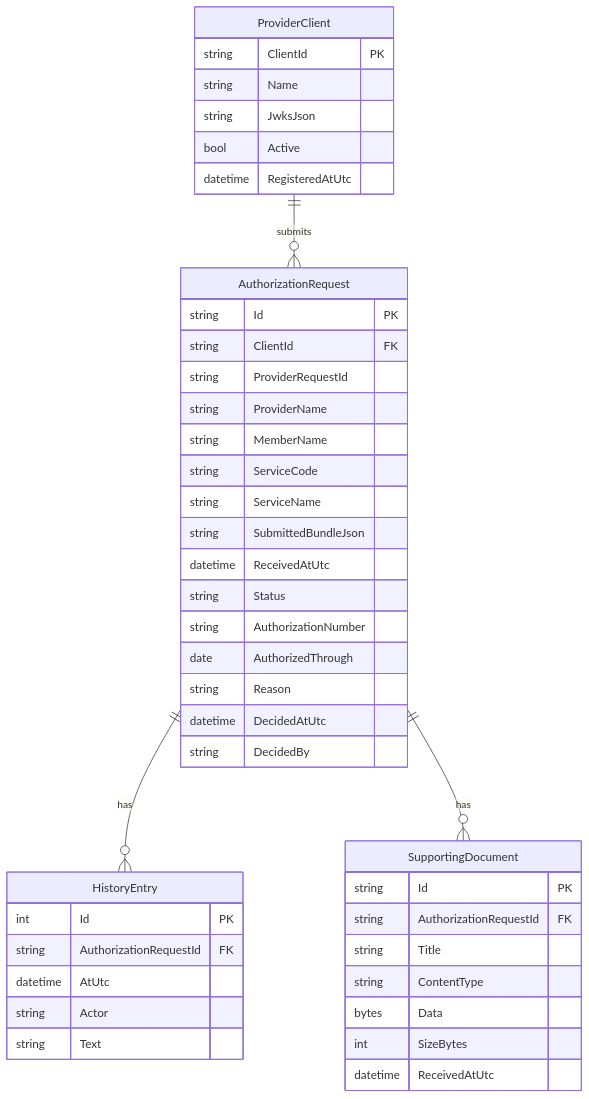
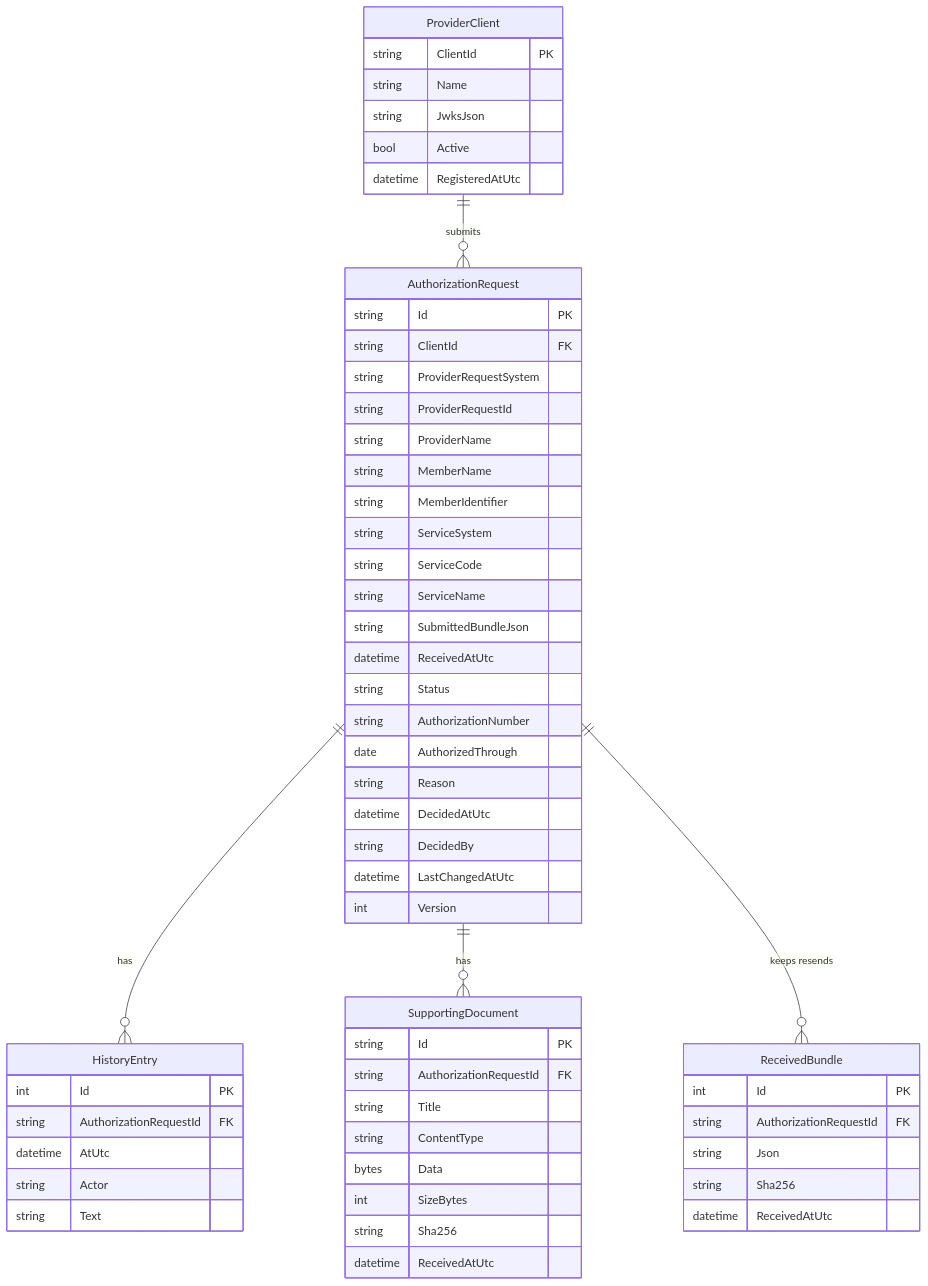
The fourth of 4 diagrams in docs/02-how-it-works.md (tngo0508/prior-auth-api), drawn with Mermaid before and after one commit. The commit also changed other lines of this file and 13 other files, not shown here.

````diff
--- a/docs/02-how-it-works.md
+++ b/docs/02-how-it-works.md
@@ -104,46 +144,60 @@
 ```mermaid
 erDiagram
     ProviderClient ||--o{ AuthorizationRequest : submits
     AuthorizationRequest ||--o{ HistoryEntry : has
     AuthorizationRequest ||--o{ SupportingDocument : has
+    AuthorizationRequest ||--o{ ReceivedBundle : "keeps resends"
     SupportingDocument {
         string Id PK
         string AuthorizationRequestId FK
         string Title
         string ContentType
         bytes Data
         int SizeBytes
+        string Sha256
+        datetime ReceivedAtUtc
+    }
+    ReceivedBundle {
+        int Id PK
+        string AuthorizationRequestId FK
+        string Json
+        string Sha256
         datetime ReceivedAtUtc
     }
     ProviderClient {
         string ClientId PK
         string Name
         string JwksJson
         bool Active
         datetime RegisteredAtUtc
     }
     AuthorizationRequest {
         string Id PK
         string ClientId FK
+        string ProviderRequestSystem
         string ProviderRequestId
         string ProviderName
         string MemberName
+        string MemberIdentifier
+        string ServiceSystem
         string ServiceCode
         string ServiceName
         string SubmittedBundleJson
         datetime ReceivedAtUtc
         string Status
         string AuthorizationNumber
         date AuthorizedThrough
         string Reason
         datetime DecidedAtUtc
         string DecidedBy
+        datetime LastChangedAtUtc
+        int Version
     }
     HistoryEntry {
         int Id PK
         string AuthorizationRequestId FK
         datetime AtUtc
         string Actor
         string Text
     }
 ```
````
